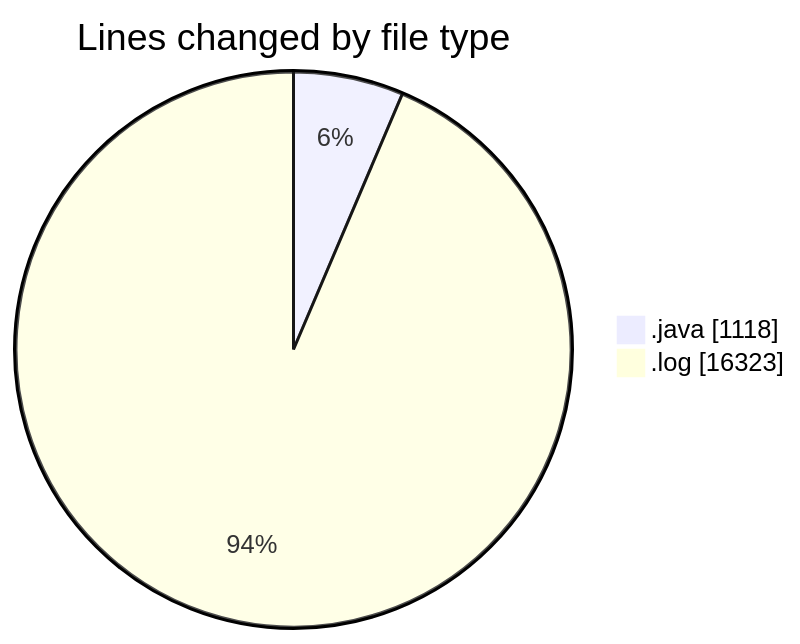
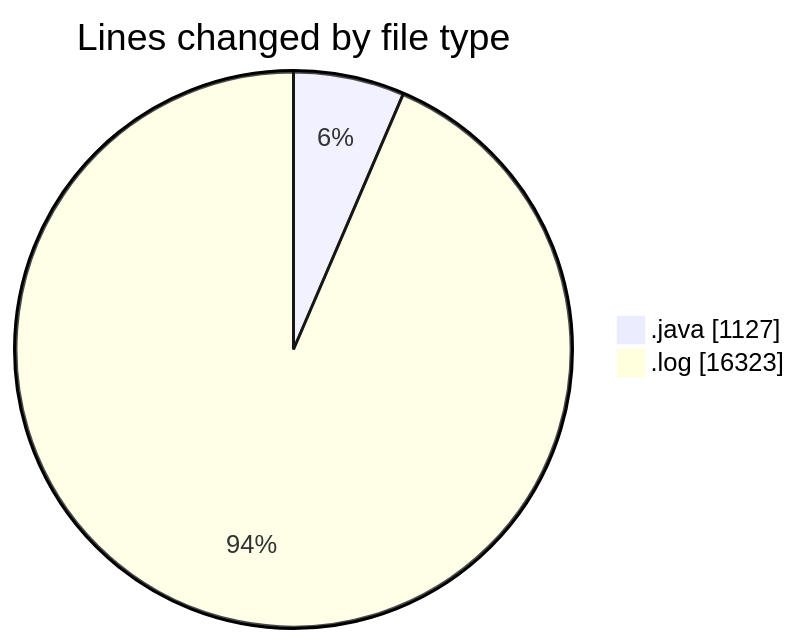
Before and after one commit to ricardozamudiocil/code-tracking: the first of 2 diagrams in 2026-04-07/cilapp/README.md, drawn with Mermaid. The commit also changed other lines of this file and 1 other file, not shown here.

````diff
--- a/2026-04-07/cilapp/README.md
+++ b/2026-04-07/cilapp/README.md
@@ -24,6 +24,6 @@
 ```mermaid
 pie showData
 title Lines changed by file type
-".java" : 1118
+".java" : 1127
 ".log" : 16323
 ```
````
